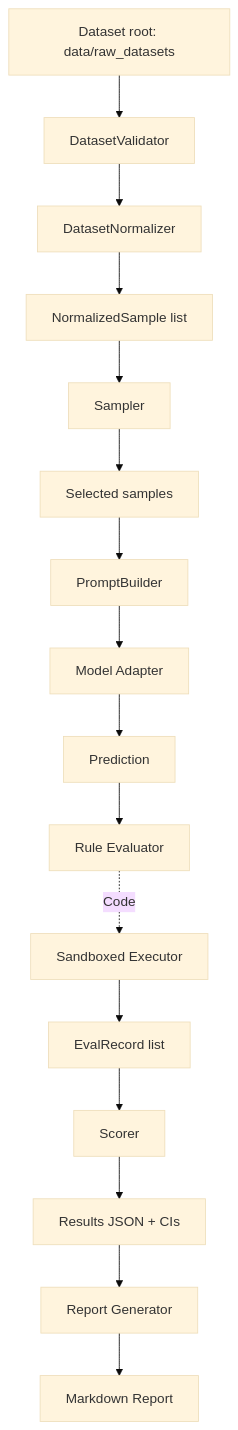
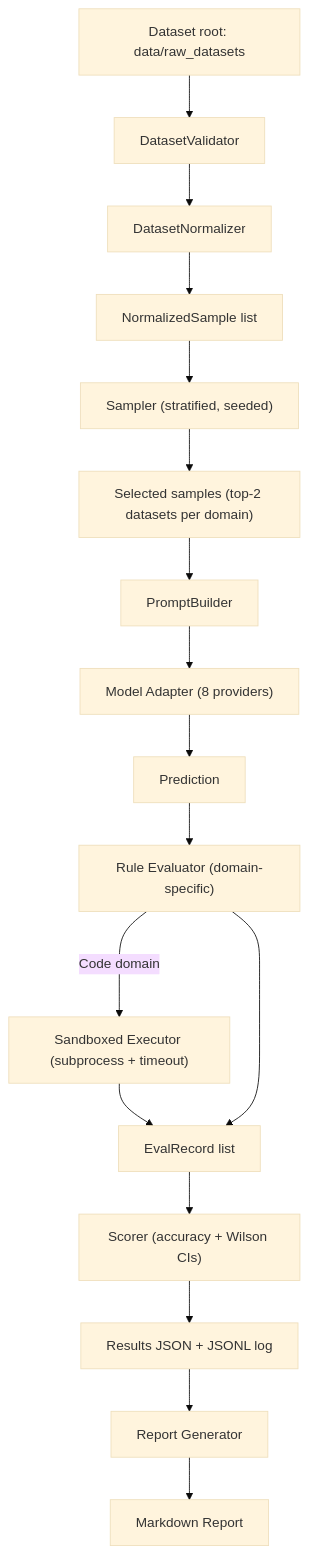
One commit to ratnajeet00/Modular-LLM-Scorer changed the diagram in docs/architecture.md. Above: the diagram before and after it, drawn with Mermaid (base theme). The commit also changed other lines of this file and 14 other files, not shown here.

````diff
--- a/docs/architecture.md
+++ b/docs/architecture.md
@@ -18,18 +20,19 @@
 ```mermaid
 flowchart TD
-    A[Dataset root: data/raw_datasets] --> B[DatasetValidator]
+    A["Dataset root: data/raw_datasets"] --> B[DatasetValidator]
     B --> C[DatasetNormalizer]
-    C --> D[NormalizedSample list]
-    D --> E[Sampler]
-    E --> F[Selected samples]
+    C --> D["NormalizedSample list"]
+    D --> E["Sampler (stratified, seeded)"]
+    E --> F["Selected samples (top-2 datasets per domain)"]
     F --> G[PromptBuilder]
-    G --> H[Model Adapter]
+    G --> H["Model Adapter (8 providers)"]
     H --> I[Prediction]
-    I --> J[Rule Evaluator]
-    J -.->|Code| K[Sandboxed Executor]
-    K --> L[EvalRecord list]
-    L --> M[Scorer]
-    M --> N[Results JSON + CIs]
+    I --> J["Rule Evaluator (domain-specific)"]
+    J --->|Code domain| K["Sandboxed Executor (subprocess + timeout)"]
+    K --> L["EvalRecord list"]
+    J --> L
+    L --> M["Scorer (accuracy + Wilson CIs)"]
+    M --> N["Results JSON + JSONL log"]
     N --> O[Report Generator]
     O --> P[Markdown Report]
 ```
````
